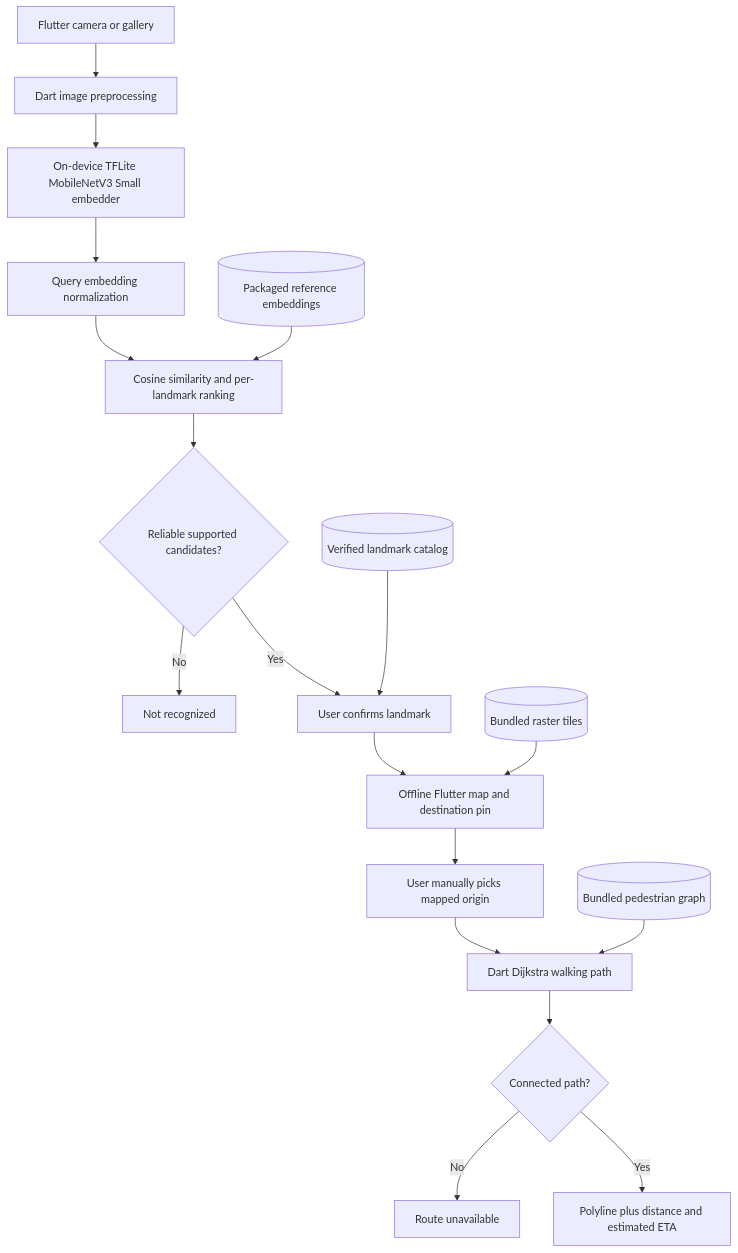
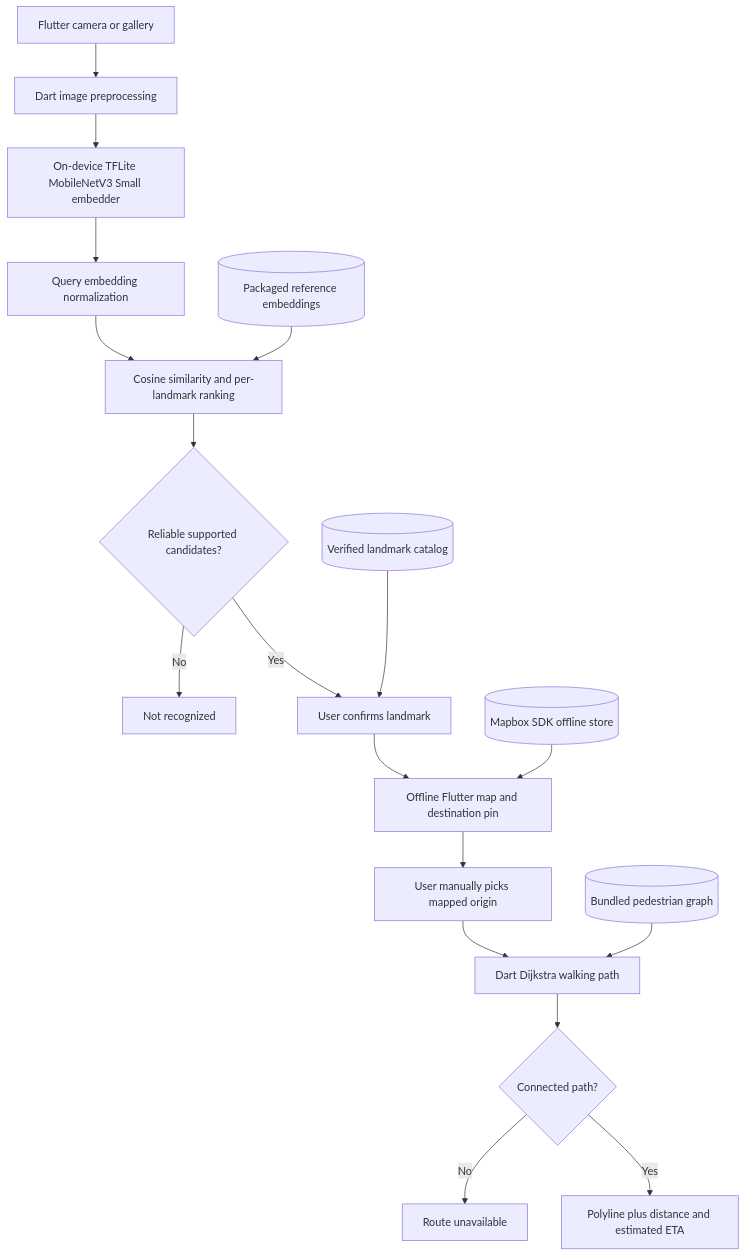
One commit to hiroqt/tunton-ai changed the first of 2 diagrams in docs/ARCHITECTURE.md. Above: the diagram before and after it, drawn with Mermaid. The commit also changed other lines of this file and 19 other files, not shown here.

````diff
--- a/docs/ARCHITECTURE.md
+++ b/docs/ARCHITECTURE.md
@@ -17,20 +17,20 @@
 ```mermaid
 flowchart TD
     A[Flutter camera or gallery] --> B[Dart image preprocessing]
     B --> C[On-device TFLite MobileNetV3 Small embedder]
     C --> D[Query embedding normalization]
     D --> E[Cosine similarity and per-landmark ranking]
     R[(Packaged reference embeddings)] --> E
     E --> F{Reliable supported candidates?}
     F -->|No| G[Not recognized]
     F -->|Yes| H[User confirms landmark]
     L[(Verified landmark catalog)] --> H
     H --> I[Offline Flutter map and destination pin]
-    T[(Bundled raster tiles)] --> I
+    MB[(Mapbox SDK offline store)] --> I
     I --> J[User manually picks mapped origin]
     J --> K[Dart Dijkstra walking path]
     W[(Bundled pedestrian graph)] --> K
     K --> M{Connected path?}
     M -->|No| N[Route unavailable]
     M -->|Yes| O[Polyline plus distance and estimated ETA]
 ```
````
